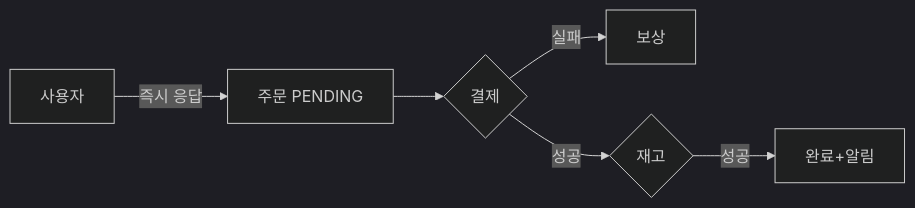
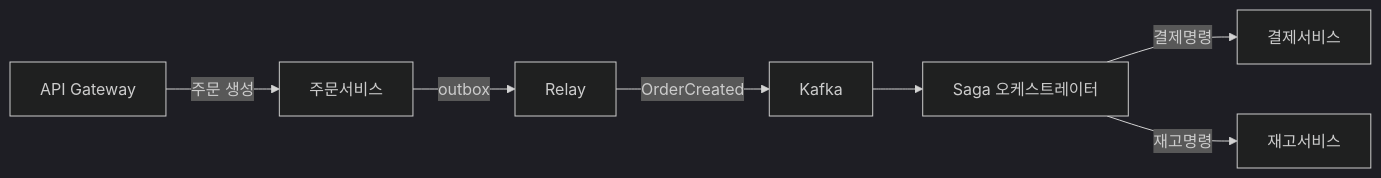
One commit to yjkim2015/yjkim2015.github.io changed the tenth of 12 diagrams in _posts/architecture/2026-05-02-distributed-transaction-deep.md. Above: the diagram before and after it, drawn with Mermaid (dark theme). The commit also changed other lines of this file and 4 other files, not shown here.

````diff
--- a/_posts/architecture/2026-05-02-distributed-transaction-deep.md
+++ b/_posts/architecture/2026-05-02-distributed-transaction-deep.md
@@ -523,8 +1662,9 @@
 ```mermaid
 graph LR
-    User["사용자"] -->|"즉시 응답"| Order["주문 PENDING"]
-    Order --> Pay{"결제"}
-    Pay -->|"실패"| C1["보상"]
-    Pay -->|"성공"| Inv{"재고"}
-    Inv -->|"성공"| Done["완료+알림"]
+    API["API Gateway"] -->|"주문 생성"| ORD["주문서비스"]
+    ORD -->|"outbox"| REL["Relay"]
+    REL -->|"OrderCreated"| KF["Kafka"]
+    KF --> ORCH["Saga 오케스트레이터"]
+    ORCH -->|"결제명령"| PAY["결제서비스"]
+    ORCH -->|"재고명령"| INV["재고서비스"]
 ```
````
